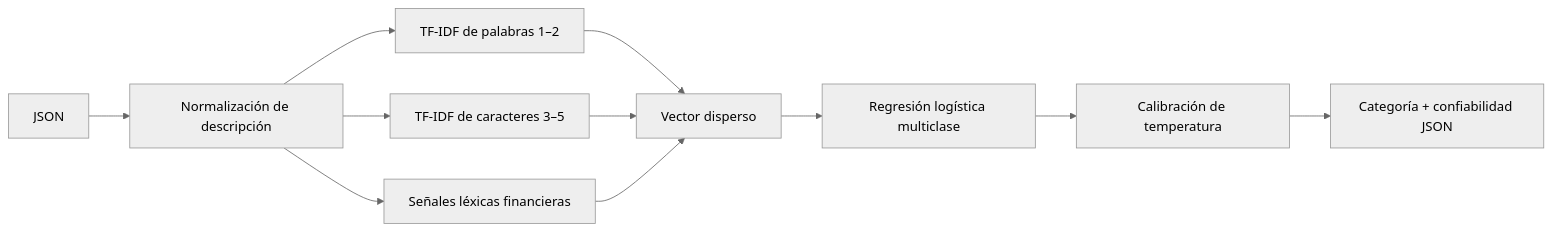
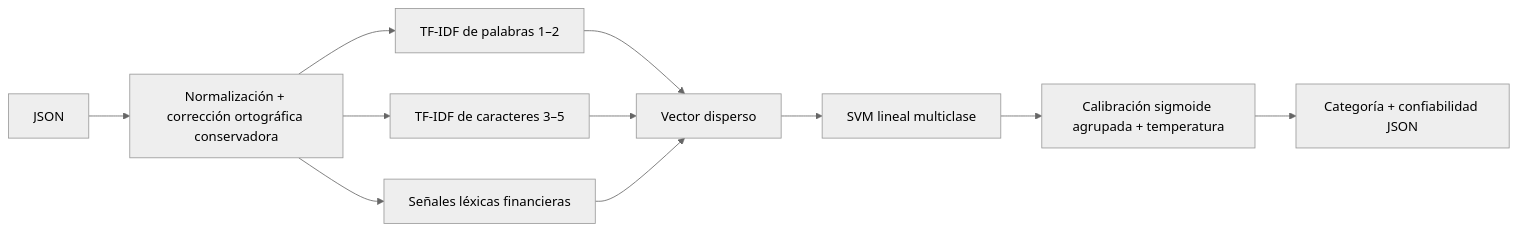
One commit to No-Country-simulation/HackatonG9-LATAM-Team17 changed the diagram in README.md. Above: the diagram before and after it, drawn with Mermaid (neutral theme). The commit also changed other lines of this file and 16 other files, not shown here.

````diff
--- a/README.md
+++ b/README.md
@@ -72,13 +72,13 @@
 ```mermaid
 flowchart LR
-    A["JSON"] --> B["Normalización de descripción"]
+    A["JSON"] --> B["Normalización + corrección ortográfica conservadora"]
     B --> C["TF-IDF de palabras 1–2"]
     B --> D["TF-IDF de caracteres 3–5"]
     B --> E["Señales léxicas financieras"]
     C --> F["Vector disperso"]
     D --> F
     E --> F
-    F --> G["Regresión logística multiclase"]
-    G --> H["Calibración de temperatura"]
+    F --> G["SVM lineal multiclase"]
+    G --> H["Calibración sigmoide agrupada + temperatura"]
     H --> I["Categoría + confiabilidad JSON"]
 ```
````
